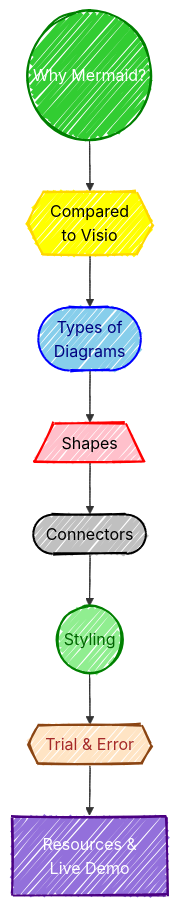
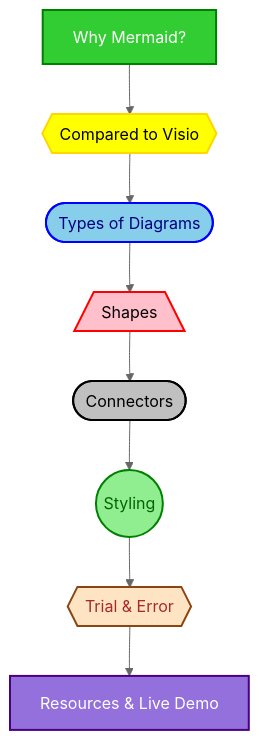
Before and after one commit to jrcs3/Mermaid-Demo: the diagram in readme.md, drawn with Mermaid.

Commit message:
Remove new lines from Agenda

````diff
--- a/readme.md
+++ b/readme.md
@@ -20,42 +20,41 @@
 ```mermaid
 ---
 config:
-  look: handDrawn
-  theme: neutral 2
+  theme: neutral
 ---
 flowchart TD
     %% Nodes with shapes
-    A(("Why Mermaid?")):::startClass
-    B{{"Compared<br/>to Visio"}}:::compareClass
-    C(["Types of<br/>Diagrams"]):::typeClass
+    A["Why Mermaid?"]:::startClass
+    B{{"Compared to Visio"}}:::compareClass
+    C(["Types of Diagrams"]):::typeClass
     D[/"Shapes"\]:::shapesClass
     E(["Connectors"]):::connectClass
     F(("Styling")):::stylingClass
     G{{"Trial & Error"}}:::trialClass
-    H["Resources &<br/>Live Demo"]:::finalClass
+    H["Resources & Live Demo"]:::finalClass
  
     %% Flow
     A --> B
     B --> C
     C --> D
     D --> E
     E --> F
     F --> G
     G --> H
 
     %% Styling
     classDef startClass fill:limegreen,stroke:green,stroke-width:2px,color:white
     classDef compareClass fill:yellow,stroke:gold,stroke-width:2px,color:black
     classDef typeClass fill:skyblue,stroke:blue,stroke-width:2px,color:navy
     classDef shapesClass fill:pink,stroke:red,stroke-width:2px,color:black
     classDef connectClass fill:silver,stroke:black,stroke-width:2px,color:black
     classDef stylingClass fill:lightgreen,stroke:green,stroke-width:2px,color:darkgreen
     classDef trialClass fill:bisque,stroke:saddlebrown,stroke-width:2px,color:brown
     classDef finalClass fill:mediumpurple,stroke:indigo,stroke-width:2px,color:white
 
     click B href "https://github.com/jrcs3/Mermaid-Demo/blob/main/vs-visio.md"
     click C href "https://github.com/jrcs3/Mermaid-Demo/blob/main/types-of-diagrams.md"
     click D href "https://github.com/jrcs3/Mermaid-Demo/blob/main/shapes.md"
     click E href "https://github.com/jrcs3/Mermaid-Demo/blob/main/connectors.md"
     click F href "https://github.com/jrcs3/Mermaid-Demo/blob/main/style.md"
 ```
````
